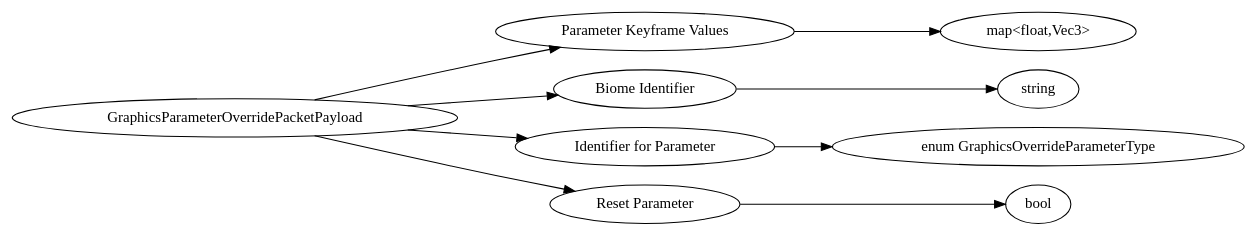
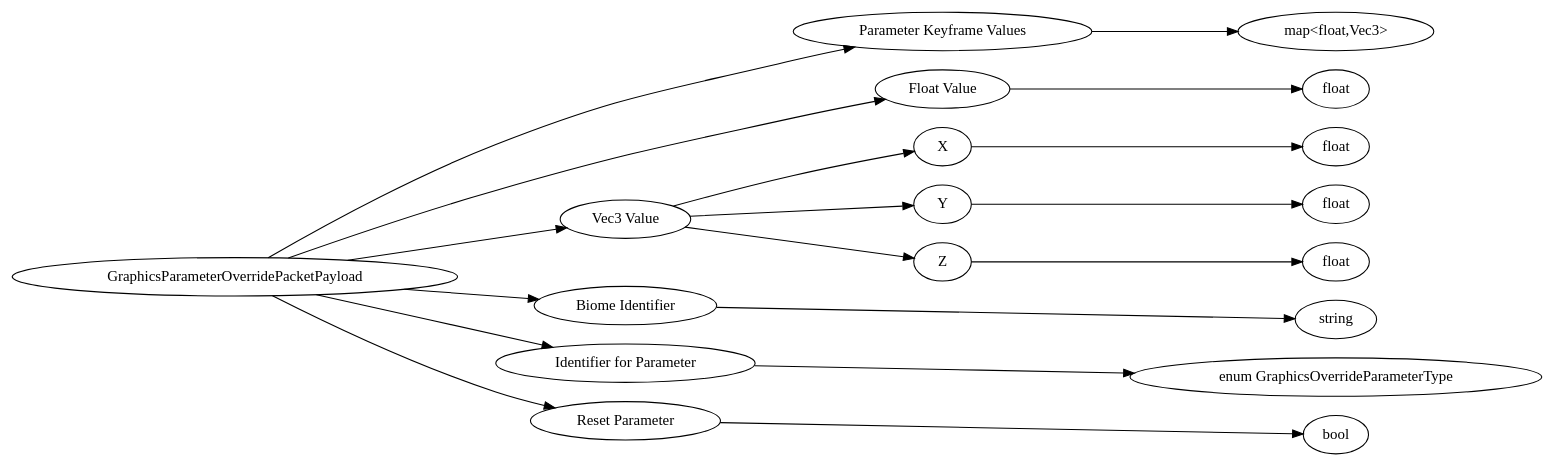
The diagram in dot/GraphicsParameterOverridePacketPayload.dot (ApocalypsjeNL/bedrock-protocol-docs), drawn with Graphviz before and after one commit. The commit also changed 604 other files, not shown here.

```diff
--- a/dot/GraphicsParameterOverridePacketPayload.dot
+++ b/dot/GraphicsParameterOverridePacketPayload.dot
@@ -1,24 +1,42 @@
 digraph "GraphicsParameterOverridePacketPayload" {
 rankdir = LR
 0
 0 -> 1
 1 -> 2
 0 -> 3
 3 -> 4
 0 -> 5
 5 -> 6
-0 -> 7
-7 -> 8
+6 -> 7
+5 -> 8
+8 -> 9
+5 -> 10
+10 -> 11
+0 -> 12
+12 -> 13
+0 -> 14
+14 -> 15
+0 -> 16
+16 -> 17
 
 0 [label="GraphicsParameterOverridePacketPayload",comment="name: \"GraphicsParameterOverridePacketPayload\", typeName: \"\", id: 0, branchId: 0, recurseId: -1, attributes: 0, notes: \"\""];
 1 [label="Parameter Keyframe Values",comment="name: \"Parameter Keyframe Values\", typeName: \"\", id: 1, branchId: 0, recurseId: -1, attributes: 0, notes: \"Time of Day key to Graphics Parameter value, Depending on the parameters, either all three components are used as a color or just the x component is used as a float, int, or bool\""];
 2 [label="map<float,Vec3>",comment="name: \"map<float,Vec3>\", typeName: \"\", id: 2, branchId: 0, recurseId: -1, attributes: 512, notes: \"Time of Day key to Graphics Parameter value, Depending on the parameters, either all three components are used as a color or just the x component is used as a float, int, or bool\""];
-3 [label="Biome Identifier",comment="name: \"Biome Identifier\", typeName: \"\", id: 3, branchId: 0, recurseId: -1, attributes: 0, notes: \"Determines which biome the override parameter is applied to\""];
-4 [label="string",comment="name: \"string\", typeName: \"\", id: 4, branchId: 0, recurseId: -1, attributes: 512, notes: \"Determines which biome the override parameter is applied to\""];
-5 [label="Identifier for Parameter",comment="name: \"Identifier for Parameter\", typeName: \"\", id: 5, branchId: 0, recurseId: -1, attributes: 0, notes: \"Identifier for the parameter that is having its value changed\""];
-6 [label="enum GraphicsOverrideParameterType",comment="name: \"enum GraphicsOverrideParameterType\", typeName: \"\", id: 6, branchId: 0, recurseId: -1, attributes: 512, notes: \"Identifier for the parameter that is having its value changed\""];
-7 [label="Reset Parameter",comment="name: \"Reset Parameter\", typeName: \"\", id: 7, branchId: 0, recurseId: -1, attributes: 0, notes: \"If true, the specified parameter will be reset. If false, the parameter will be set using the data fields.\""];
-8 [label="bool",comment="name: \"bool\", typeName: \"\", id: 8, branchId: 0, recurseId: -1, attributes: 512, notes: \"If true, the specified parameter will be reset. If false, the parameter will be set using the data fields.\""];
-{ rank = max;2;4;6;8}
+3 [label="Float Value",comment="name: \"Float Value\", typeName: \"\", id: 3, branchId: 0, recurseId: -1, attributes: 0, notes: \"If set, contains a single float graphics parameter to be overriden\""];
+4 [label="float",comment="name: \"float\", typeName: \"\", id: 4, branchId: 0, recurseId: -1, attributes: 512, notes: \"If set, contains a single float graphics parameter to be overriden\""];
+5 [label="Vec3 Value",comment="name: \"Vec3 Value\", typeName: \"\", id: 5, branchId: 0, recurseId: -1, attributes: 0, notes: \"If set, contains a single Vec3 graphics parameter to be overriden\""];
+6 [label="X",comment="name: \"X\", typeName: \"\", id: 6, branchId: 0, recurseId: -1, attributes: 0, notes: \"\""];
+7 [label="float",comment="name: \"float\", typeName: \"\", id: 7, branchId: 0, recurseId: -1, attributes: 512, notes: \"\""];
+8 [label="Y",comment="name: \"Y\", typeName: \"\", id: 8, branchId: 0, recurseId: -1, attributes: 0, notes: \"\""];
+9 [label="float",comment="name: \"float\", typeName: \"\", id: 9, branchId: 0, recurseId: -1, attributes: 512, notes: \"\""];
+10 [label="Z",comment="name: \"Z\", typeName: \"\", id: 10, branchId: 0, recurseId: -1, attributes: 0, notes: \"\""];
+11 [label="float",comment="name: \"float\", typeName: \"\", id: 11, branchId: 0, recurseId: -1, attributes: 512, notes: \"\""];
+12 [label="Biome Identifier",comment="name: \"Biome Identifier\", typeName: \"\", id: 12, branchId: 0, recurseId: -1, attributes: 0, notes: \"Determines which biome the override parameter is applied to\""];
+13 [label="string",comment="name: \"string\", typeName: \"\", id: 13, branchId: 0, recurseId: -1, attributes: 512, notes: \"Determines which biome the override parameter is applied to\""];
+14 [label="Identifier for Parameter",comment="name: \"Identifier for Parameter\", typeName: \"\", id: 14, branchId: 0, recurseId: -1, attributes: 0, notes: \"Identifier for the parameter that is having its value changed\""];
+15 [label="enum GraphicsOverrideParameterType",comment="name: \"enum GraphicsOverrideParameterType\", typeName: \"\", id: 15, branchId: 0, recurseId: -1, attributes: 512, notes: \"Identifier for the parameter that is having its value changed\""];
+16 [label="Reset Parameter",comment="name: \"Reset Parameter\", typeName: \"\", id: 16, branchId: 0, recurseId: -1, attributes: 0, notes: \"If true, the specified parameter will be reset. If false, the parameter will be set using the data fields.\""];
+17 [label="bool",comment="name: \"bool\", typeName: \"\", id: 17, branchId: 0, recurseId: -1, attributes: 512, notes: \"If true, the specified parameter will be reset. If false, the parameter will be set using the data fields.\""];
+{ rank = max;2;4;7;9;11;13;15;17}
 
 }
```
